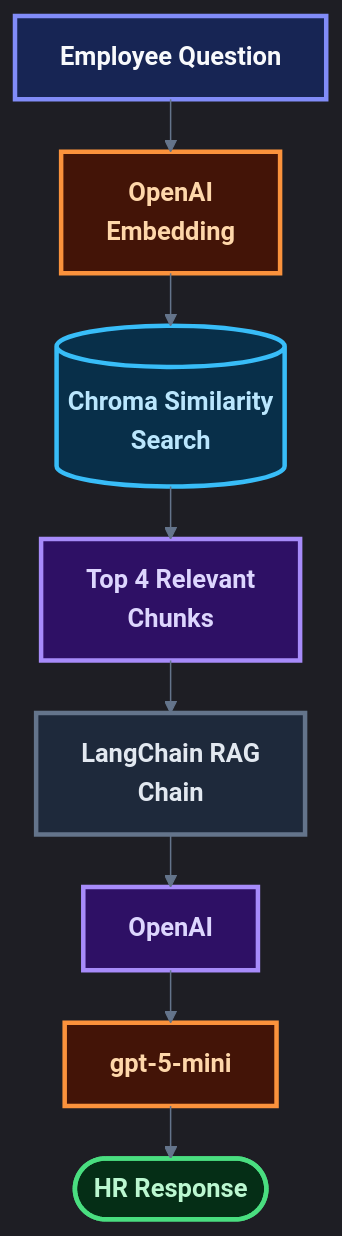
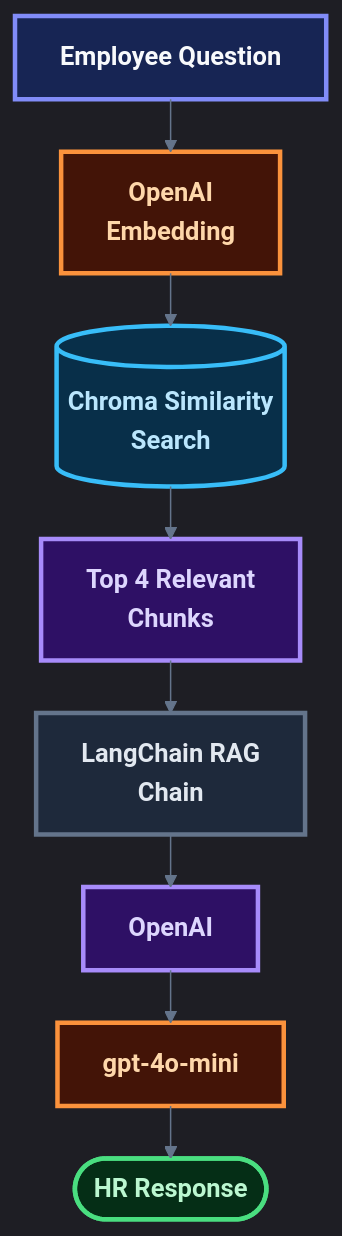
Before and after one commit to Alex-is-Gonzalez/Daisy_Health: the sixth of 6 diagrams in README.MD, drawn with Mermaid. The commit also changed other lines of this file and 4 other files, not shown here.

````diff
--- a/README.MD
+++ b/README.MD
@@ -651,39 +651,39 @@
 ```mermaid
 ---
 config:
   layout: elk
   theme: dark
   themeVariables:
     background: "#0b1120"
     primaryTextColor: "#f8fafc"
     lineColor: "#64748b"
     fontFamily: "Inter, ui-sans-serif, system-ui, sans-serif"
     fontSize: "17px"
 ---
 flowchart TB
     A["Employee Question"] --> B["OpenAI<br/>Embedding"]
     B --> C[("Chroma Similarity<br/>Search")]
     C --> D["Top 4 Relevant<br/>Chunks"]
     D --> E["LangChain RAG<br/>Chain"]
     E --> F["OpenAI"]
-    F --> G["gpt-5-mini"]
+    F --> G["gpt-4o-mini"]
     G --> H(["HR Response"])
 
     class A input
     class B embedding
     class C storage
     class D context
     class E pipeline
     class F gateway
     class G model
     class H output
 
     classDef input fill:#172554,stroke:#818cf8,color:#f8fafc,stroke-width:3px,font-weight:bold
     classDef embedding fill:#431407,stroke:#fb923c,color:#fed7aa,stroke-width:3px,font-weight:bold
     classDef storage fill:#082f49,stroke:#38bdf8,color:#bae6fd,stroke-width:3px,font-weight:bold
     classDef context fill:#2e1065,stroke:#a78bfa,color:#ddd6fe,stroke-width:3px,font-weight:bold
     classDef pipeline fill:#1e293b,stroke:#64748b,color:#e2e8f0,stroke-width:3px,font-weight:bold
     classDef gateway fill:#2e1065,stroke:#a78bfa,color:#ddd6fe,stroke-width:3px,font-weight:bold
     classDef model fill:#431407,stroke:#fb923c,color:#fed7aa,stroke-width:3px,font-weight:bold
     classDef output fill:#052e16,stroke:#4ade80,color:#bbf7d0,stroke-width:3px,font-weight:bold
 ```
````
